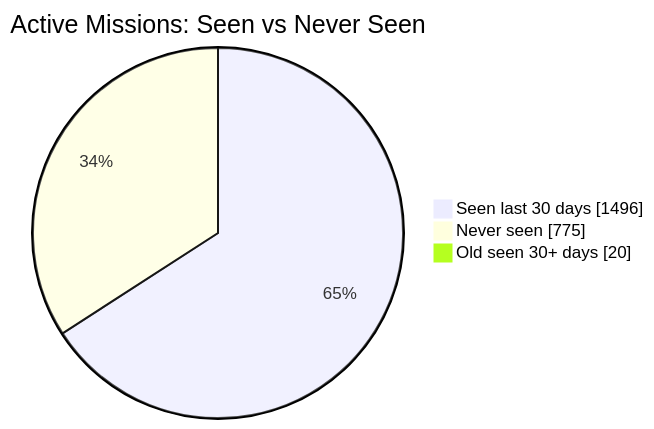
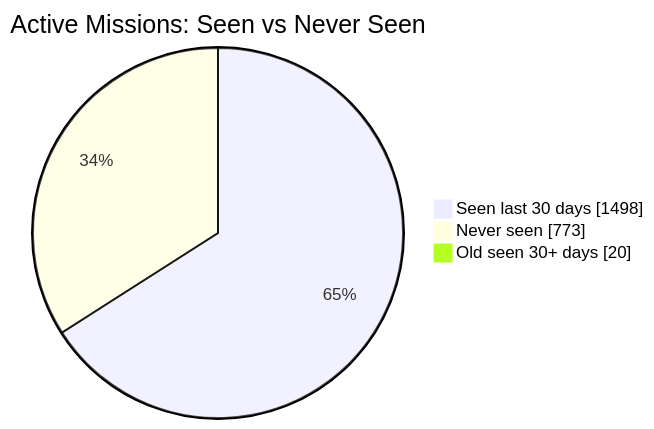
Before and after one commit to MeldkamerspelGameTeam/active-missions: the first of 2 diagrams in README.md, drawn with Mermaid. The commit also changed other lines of this file and 3 other files, not shown here.

````diff
--- a/README.md
+++ b/README.md
@@ -34,7 +34,7 @@
 ```mermaid
 pie showData
     title Active Missions: Seen vs Never Seen
-    "Seen last 30 days" : 1496
-    "Never seen" : 775
+    "Seen last 30 days" : 1498
+    "Never seen" : 773
     "Old seen 30+ days" : 20
 ```
````
